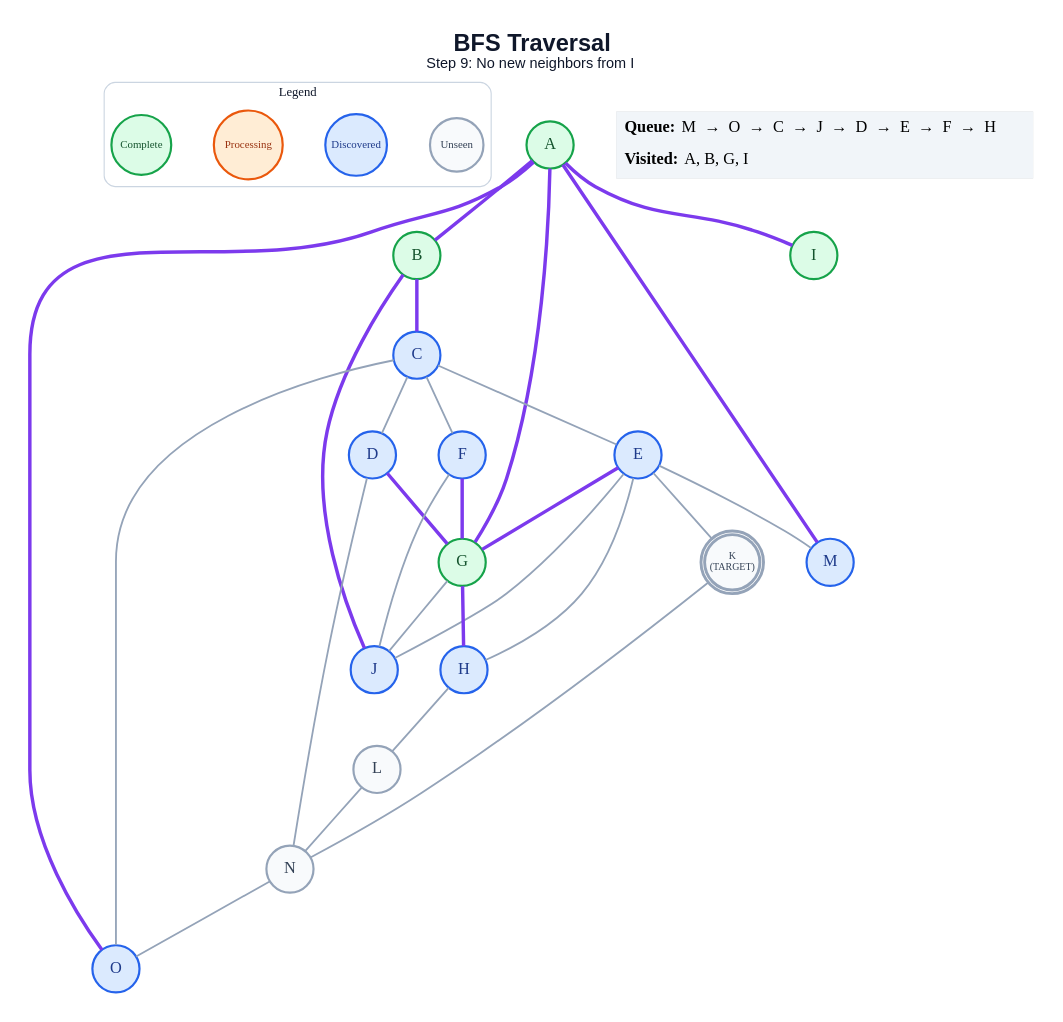
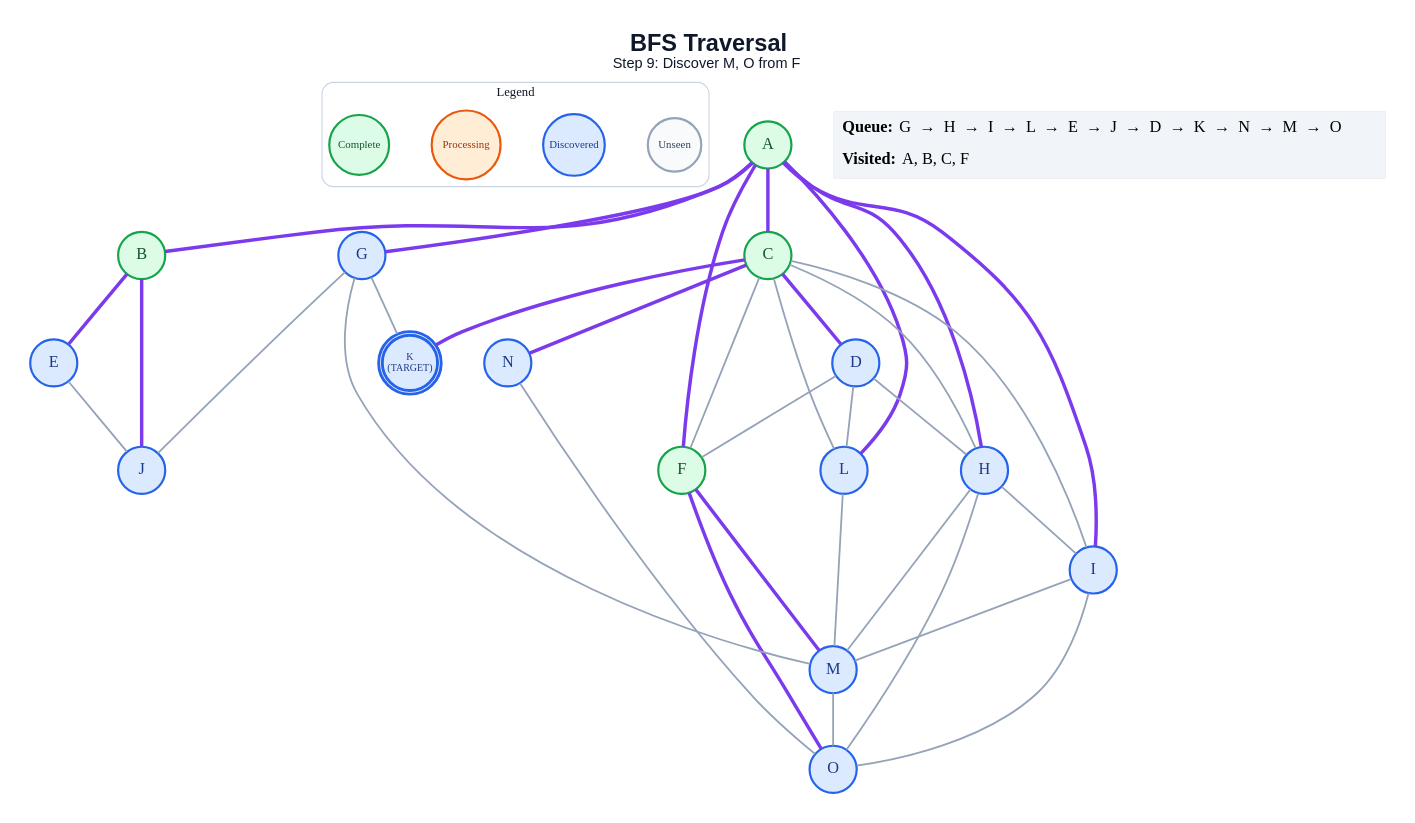
Before and after one commit to anon7238593-create/ai-slop: the diagram in generated/specific-node/bfs/step_09.dot, drawn with Graphviz. The commit also changed 265 other files, not shown here.

```diff
--- a/generated/specific-node/bfs/step_09.dot
+++ b/generated/specific-node/bfs/step_09.dot
@@ -1,60 +1,67 @@
 graph traversal {
   graph [layout=dot, rankdir=TB, bgcolor="#FFFFFF", pad="0.35", nodesep="0.65", ranksep="0.8", fontname="Arial"];
   node [shape=circle, style="filled", fontname="Arial Bold", fontsize=18, width=0.72, fixedsize=true, penwidth=2.4];
   edge [color="#94A3B8", penwidth=2.0];
-  label=<<B>BFS Traversal</B><BR/><FONT POINT-SIZE="16">Step 9: No new neighbors from I</FONT>>; labelloc="t"; fontsize=26; fontname="Arial"; fontcolor="#0F172A";
+  label=<<B>BFS Traversal</B><BR/><FONT POINT-SIZE="16">Step 9: Discover M, O from F</FONT>>; labelloc="t"; fontsize=26; fontname="Arial"; fontcolor="#0F172A";
   subgraph cluster_legend { label="Legend"; color="#CBD5E1"; penwidth=1.2; style="rounded"; fontsize=14; fontname="Arial Bold";
     key_unseen [label="Unseen", fillcolor="#F8FAFC", color="#94A3B8", fontcolor="#334155", fontsize=12, width=0.82];
     key_frontier [label="Discovered", fillcolor="#DBEAFE", color="#2563EB", fontcolor="#1E3A8A", fontsize=12, width=0.95];
     key_current [label="Processing", fillcolor="#FFEDD5", color="#EA580C", fontcolor="#9A3412", fontsize=12, width=1.05];
     key_done [label="Complete", fillcolor="#DCFCE7", color="#16A34A", fontcolor="#14532D", fontsize=12, width=0.92];
     { rank=same; key_unseen; key_frontier; key_current; key_done; }
   }
   A [label="A", fillcolor="#DCFCE7", color="#16A34A", fontcolor="#14532D", peripheries=1, penwidth=2.4];
   B [label="B", fillcolor="#DCFCE7", color="#16A34A", fontcolor="#14532D", peripheries=1, penwidth=2.4];
-  C [label="C", fillcolor="#DBEAFE", color="#2563EB", fontcolor="#1E3A8A", peripheries=1, penwidth=2.4];
+  C [label="C", fillcolor="#DCFCE7", color="#16A34A", fontcolor="#14532D", peripheries=1, penwidth=2.4];
   D [label="D", fillcolor="#DBEAFE", color="#2563EB", fontcolor="#1E3A8A", peripheries=1, penwidth=2.4];
   E [label="E", fillcolor="#DBEAFE", color="#2563EB", fontcolor="#1E3A8A", peripheries=1, penwidth=2.4];
-  F [label="F", fillcolor="#DBEAFE", color="#2563EB", fontcolor="#1E3A8A", peripheries=1, penwidth=2.4];
-  G [label="G", fillcolor="#DCFCE7", color="#16A34A", fontcolor="#14532D", peripheries=1, penwidth=2.4];
+  F [label="F", fillcolor="#DCFCE7", color="#16A34A", fontcolor="#14532D", peripheries=1, penwidth=2.4];
+  G [label="G", fillcolor="#DBEAFE", color="#2563EB", fontcolor="#1E3A8A", peripheries=1, penwidth=2.4];
   H [label="H", fillcolor="#DBEAFE", color="#2563EB", fontcolor="#1E3A8A", peripheries=1, penwidth=2.4];
-  I [label="I", fillcolor="#DCFCE7", color="#16A34A", fontcolor="#14532D", peripheries=1, penwidth=2.4];
+  I [label="I", fillcolor="#DBEAFE", color="#2563EB", fontcolor="#1E3A8A", peripheries=1, penwidth=2.4];
   J [label="J", fillcolor="#DBEAFE", color="#2563EB", fontcolor="#1E3A8A", peripheries=1, penwidth=2.4];
-  K [label="K\n(TARGET)", fillcolor="#F8FAFC", color="#94A3B8", fontcolor="#334155", peripheries=2, penwidth=3.2, fontsize=11, width=0.85, height=0.85];
-  L [label="L", fillcolor="#F8FAFC", color="#94A3B8", fontcolor="#334155", peripheries=1, penwidth=2.4];
+  K [label="K\n(TARGET)", fillcolor="#DBEAFE", color="#2563EB", fontcolor="#1E3A8A", peripheries=2, penwidth=3.2, fontsize=11, width=0.85, height=0.85];
+  L [label="L", fillcolor="#DBEAFE", color="#2563EB", fontcolor="#1E3A8A", peripheries=1, penwidth=2.4];
   M [label="M", fillcolor="#DBEAFE", color="#2563EB", fontcolor="#1E3A8A", peripheries=1, penwidth=2.4];
-  N [label="N", fillcolor="#F8FAFC", color="#94A3B8", fontcolor="#334155", peripheries=1, penwidth=2.4];
+  N [label="N", fillcolor="#DBEAFE", color="#2563EB", fontcolor="#1E3A8A", peripheries=1, penwidth=2.4];
   O [label="O", fillcolor="#DBEAFE", color="#2563EB", fontcolor="#1E3A8A", peripheries=1, penwidth=2.4];
   A -- B [color="#7C3AED", penwidth=3.8];
+  A -- C [color="#7C3AED", penwidth=3.8];
+  A -- F [color="#7C3AED", penwidth=3.8];
   A -- G [color="#7C3AED", penwidth=3.8];
+  A -- H [color="#7C3AED", penwidth=3.8];
   A -- I [color="#7C3AED", penwidth=3.8];
-  A -- M [color="#7C3AED", penwidth=3.8];
-  A -- O [color="#7C3AED", penwidth=3.8];
-  B -- C [color="#7C3AED", penwidth=3.8];
+  A -- L [color="#7C3AED", penwidth=3.8];
+  B -- E [color="#7C3AED", penwidth=3.8];
   B -- J [color="#7C3AED", penwidth=3.8];
-  C -- D;
-  C -- E;
+  C -- D [color="#7C3AED", penwidth=3.8];
   C -- F;
-  C -- O;
-  D -- G [color="#7C3AED", penwidth=3.8];
-  D -- N;
-  E -- G [color="#7C3AED", penwidth=3.8];
-  E -- H;
+  C -- H;
+  C -- I;
+  C -- K [color="#7C3AED", penwidth=3.8];
+  C -- L;
+  C -- N [color="#7C3AED", penwidth=3.8];
+  D -- F;
+  D -- H;
+  D -- L;
   E -- J;
-  E -- K;
-  E -- M;
-  F -- G [color="#7C3AED", penwidth=3.8];
-  F -- J;
-  G -- H [color="#7C3AED", penwidth=3.8];
+  F -- M [color="#7C3AED", penwidth=3.8];
+  F -- O [color="#7C3AED", penwidth=3.8];
   G -- J;
-  H -- L;
-  K -- N;
-  L -- N;
+  G -- K;
+  G -- M;
+  H -- I;
+  H -- M;
+  H -- O;
+  I -- M;
+  I -- O;
+  L -- M;
+  M -- O;
   N -- O;
   status [shape=plain, fixedsize=false, width=0, height=0, margin=0, label=<
     <TABLE BORDER="0" CELLBORDER="0" CELLPADDING="7" BGCOLOR="#F1F5F9">
-      <TR><TD ALIGN="LEFT"><B>Queue:</B> M  →  O  →  C  →  J  →  D  →  E  →  F  →  H</TD></TR>
-      <TR><TD ALIGN="LEFT"><B>Visited:</B> A, B, G, I</TD></TR>
+      <TR><TD ALIGN="LEFT"><B>Queue:</B> G  →  H  →  I  →  L  →  E  →  J  →  D  →  K  →  N  →  M  →  O</TD></TR>
+      <TR><TD ALIGN="LEFT"><B>Visited:</B> A, B, C, F</TD></TR>
     </TABLE>
   >];
 }
```
